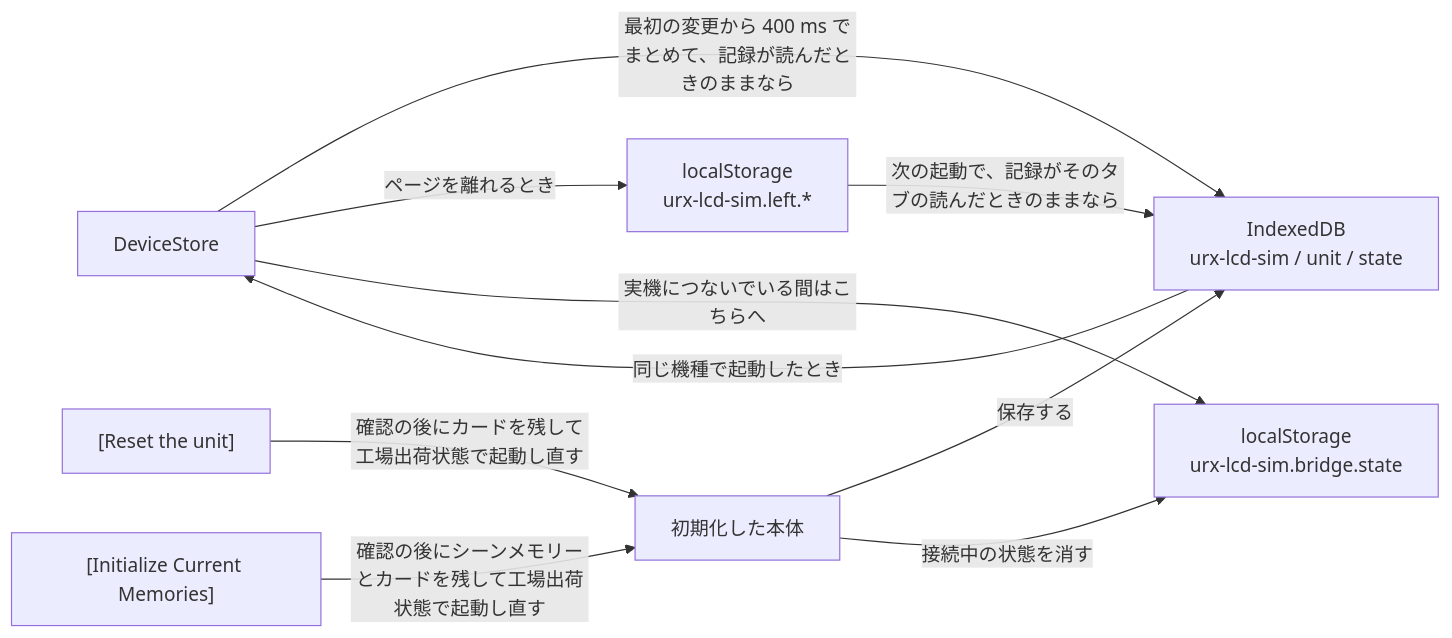
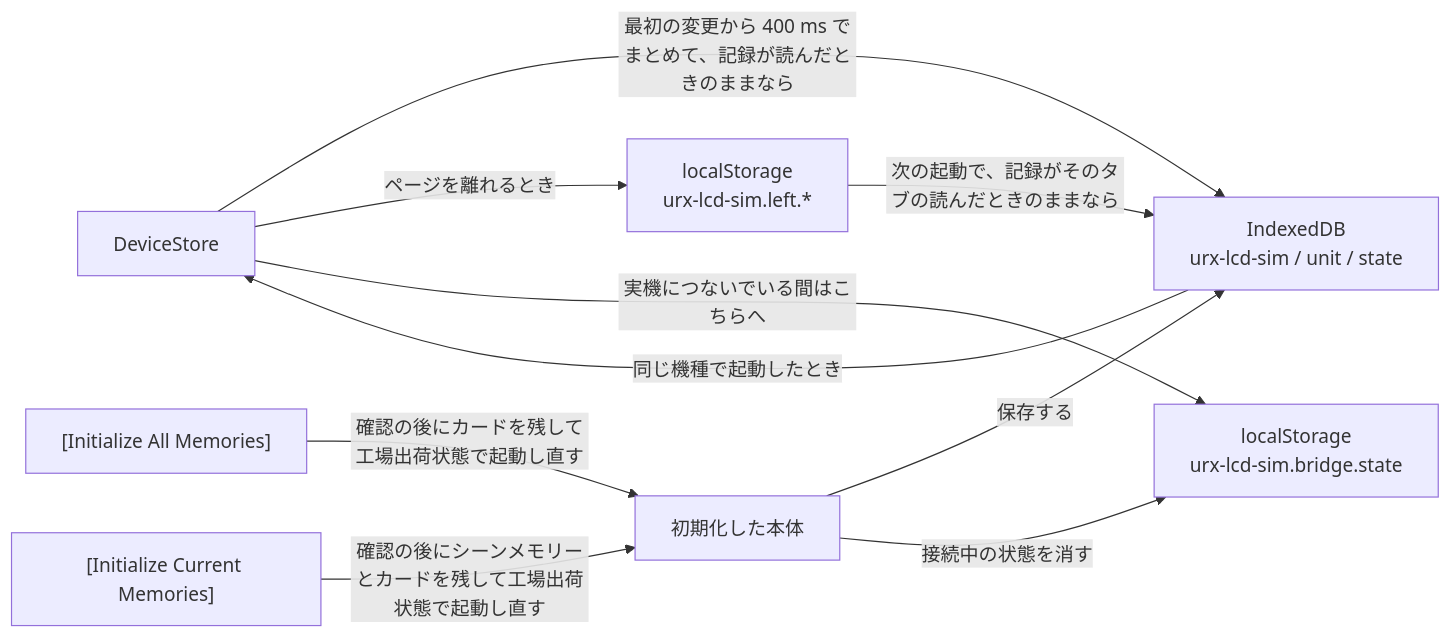
Before and after one commit to semnil/urx-lcd-sim: the second of 2 diagrams in docs/ja/architecture.md, drawn with Mermaid. The commit also changed other lines of this file and 17 other files, not shown here.

````diff
--- a/docs/ja/architecture.md
+++ b/docs/ja/architecture.md
@@ -169,12 +169,12 @@
 ```mermaid
 flowchart LR
   ST["DeviceStore"] -->|"最初の変更から 400 ms でまとめて、記録が読んだときのままなら"| DB["IndexedDB<br/>urx-lcd-sim / unit / state"]
   DB -->|"同じ機種で起動したとき"| ST
   ST -->|"ページを離れるとき"| LEFT["localStorage<br/>urx-lcd-sim.left.*"]
   LEFT -->|"次の起動で、記録がそのタブの読んだときのままなら"| DB
-  RS["[Reset the unit]"] -->|"確認の後にカードを残して工場出荷状態で起動し直す"| INIT["初期化した本体"]
+  RS["[Initialize All Memories]"] -->|"確認の後にカードを残して工場出荷状態で起動し直す"| INIT["初期化した本体"]
   CM["[Initialize Current Memories]"] -->|"確認の後にシーンメモリーとカードを残して工場出荷状態で起動し直す"| INIT
   INIT -->|"保存する"| DB
   ST -->|"実機につないでいる間はこちらへ"| LB["localStorage<br/>urx-lcd-sim.bridge.state"]
   INIT -->|"接続中の状態を消す"| LB
 ```
````
